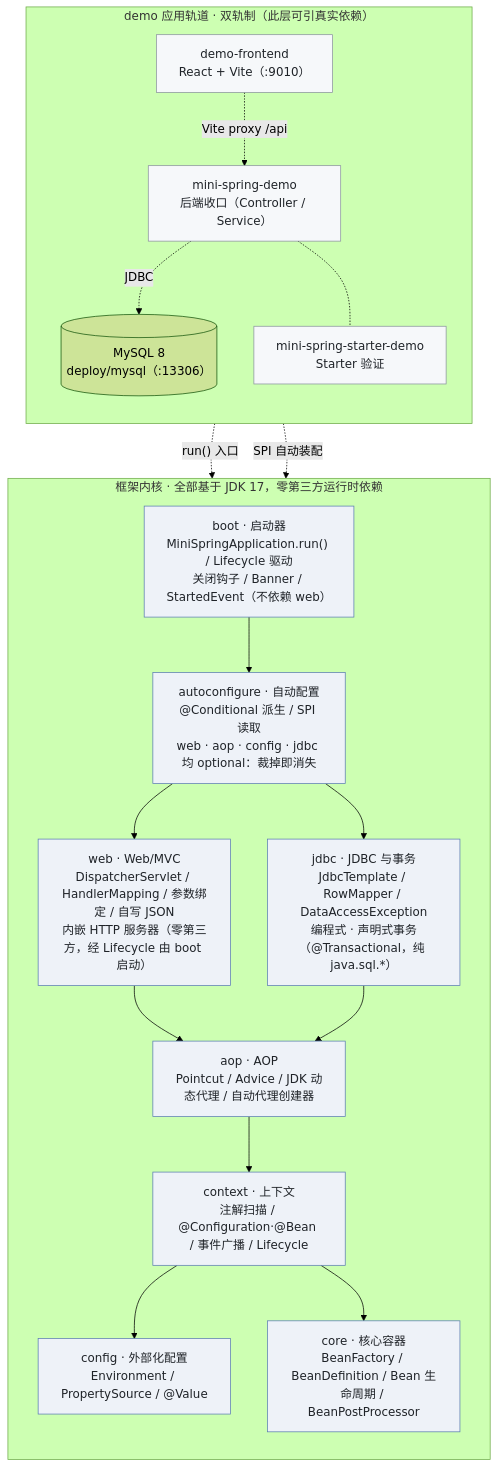
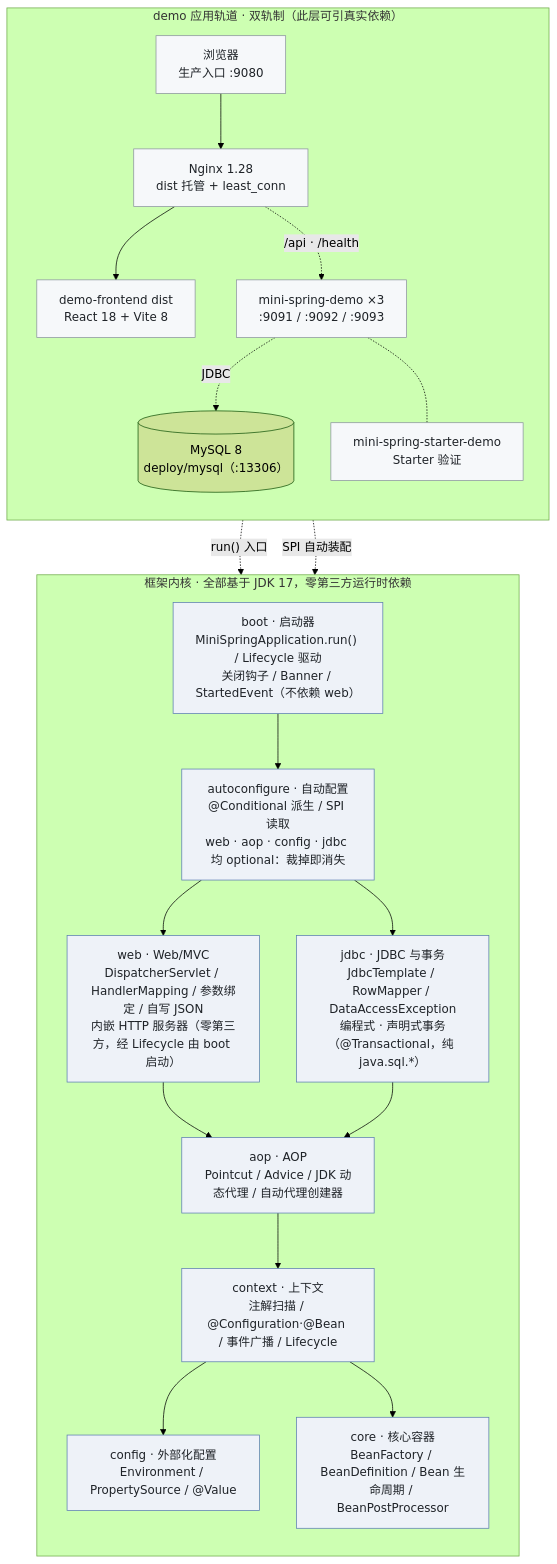
One commit to NoctilumeDev/MiniSpringBoot changed the diagram in README.md. Above: the diagram before and after it, drawn with Mermaid (forest theme). The commit also changed other lines of this file and 14 other files, not shown here.

````diff
--- a/README.md
+++ b/README.md
@@ -65,39 +65,43 @@
 ```mermaid
 graph TD
     subgraph KERNEL["框架内核 · 全部基于 JDK 17，零第三方运行时依赖"]
         direction TB
         BOOT["boot · 启动器<br/>MiniSpringApplication.run() / Lifecycle 驱动<br/>关闭钩子 / Banner / StartedEvent（不依赖 web）"]
         AUTO["autoconfigure · 自动配置<br/>@Conditional 派生 / SPI 读取<br/>web · aop · config · jdbc 均 optional：裁掉即消失"]
         WEB["web · Web/MVC<br/>DispatcherServlet / HandlerMapping / 参数绑定 / 自写 JSON<br/>内嵌 HTTP 服务器（零第三方，经 Lifecycle 由 boot 启动）"]
         JDBC["jdbc · JDBC 与事务<br/>JdbcTemplate / RowMapper / DataAccessException<br/>编程式 · 声明式事务（@Transactional，纯 java.sql.*）"]
         AOP["aop · AOP<br/>Pointcut / Advice / JDK 动态代理 / 自动代理创建器"]
         CTX["context · 上下文<br/>注解扫描 / @Configuration·@Bean / 事件广播 / Lifecycle"]
         CFG["config · 外部化配置<br/>Environment / PropertySource / @Value"]
         CORE["core · 核心容器<br/>BeanFactory / BeanDefinition / Bean 生命周期 / BeanPostProcessor"]
         BOOT --> AUTO
         AUTO --> WEB
         AUTO --> JDBC
         WEB --> AOP
         JDBC --> AOP
         AOP --> CTX
         CTX --> CFG
         CTX --> CORE
     end
     subgraph DEMO["demo 应用轨道 · 双轨制（此层可引真实依赖）"]
         direction TB
-        FE["demo-frontend<br/>React + Vite（:9010）"]
-        APP["mini-spring-demo<br/>后端收口（Controller / Service）"]
+        BROWSER["浏览器<br/>生产入口 :9080"]
+        NGINX["Nginx 1.28<br/>dist 托管 + least_conn"]
+        FE["demo-frontend dist<br/>React 18 + Vite 8"]
+        APP["mini-spring-demo ×3<br/>:9091 / :9092 / :9093"]
         STARTER["mini-spring-starter-demo<br/>Starter 验证"]
         DB[("MySQL 8<br/>deploy/mysql（:13306）")]
-        FE -. "Vite proxy /api" .-> APP
+        BROWSER --> NGINX
+        NGINX --> FE
+        NGINX -. "/api · /health" .-> APP
         APP -. "JDBC" .-> DB
         APP -.- STARTER
     end
     APP -. "run() 入口" .-> BOOT
     STARTER -. "SPI 自动装配" .-> AUTO
 
     classDef kernelNode fill:#eef2f8,stroke:#5b7db1,color:#1f2328
     classDef demoNode fill:#f6f8fa,stroke:#8b949e,color:#1f2328
     class BOOT,AUTO,WEB,JDBC,AOP,CTX,CFG,CORE kernelNode
-    class FE,APP,STARTER demoNode
+    class BROWSER,NGINX,FE,APP,STARTER demoNode
 ```
````
